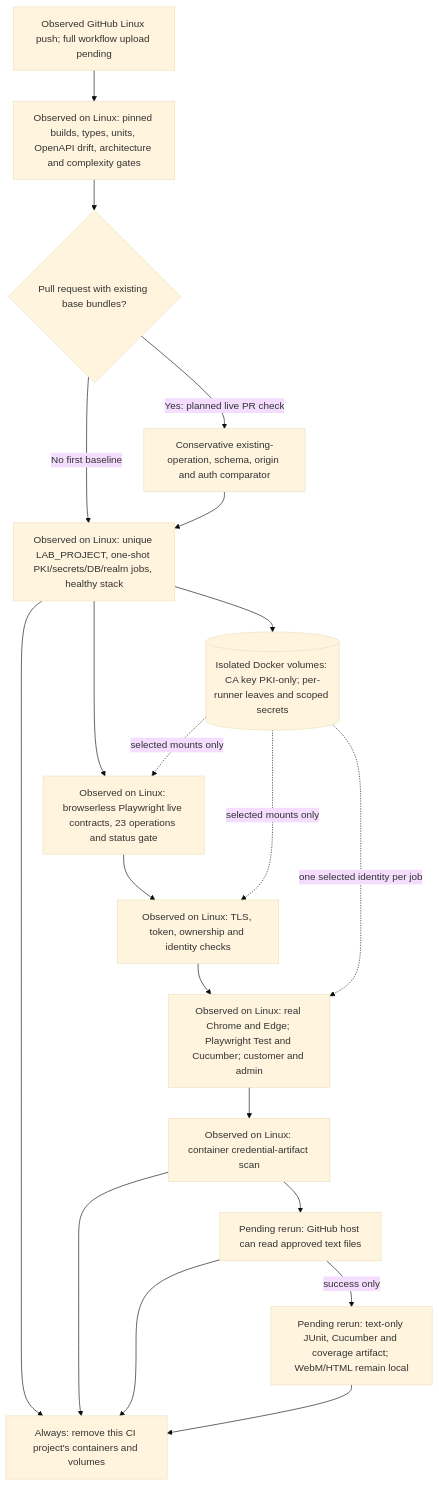
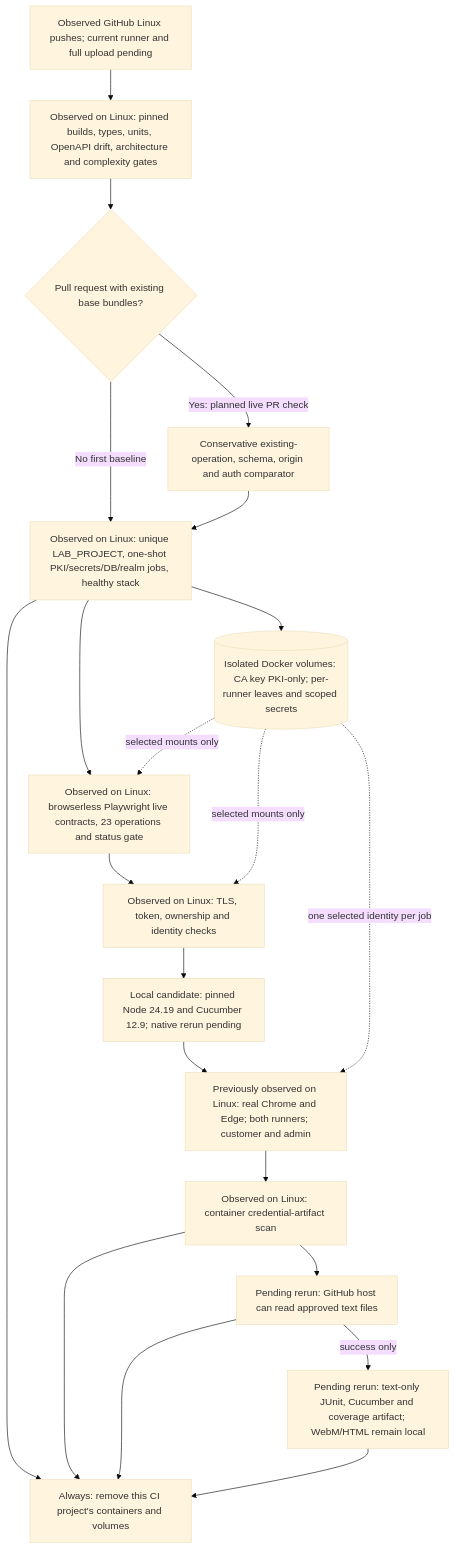
The tenth of 18 diagrams in docs/workflows.md (orieken/testing-with-certs), drawn with Mermaid (base theme) before and after one commit. The commit also changed other lines of this file and 12 other files, not shown here.

Commit message:
Pin tested Node and Cucumber runner for Linux CI

````diff
--- a/docs/workflows.md
+++ b/docs/workflows.md
@@ -329,22 +329,23 @@
 ```mermaid
 flowchart TD
-  Trigger["Observed GitHub Linux push; full workflow upload pending"] --> Static["Observed on Linux: pinned builds, types, units, OpenAPI drift, architecture and complexity gates"]
+  Trigger["Observed GitHub Linux pushes; current runner and full upload pending"] --> Static["Observed on Linux: pinned builds, types, units, OpenAPI drift, architecture and complexity gates"]
   Static --> Base{"Pull request with existing base bundles?"}
   Base -->|"Yes: planned live PR check"| Compare["Conservative existing-operation, schema, origin and auth comparator"]
   Base -->|"No first baseline"| Compose
   Compare --> Compose["Observed on Linux: unique LAB_PROJECT, one-shot PKI/secrets/DB/realm jobs, healthy stack"]
   Compose --> Certs[("Isolated Docker volumes: CA key PKI-only; per-runner leaves and scoped secrets")]
   Compose --> Contracts["Observed on Linux: browserless Playwright live contracts, 23 operations and status gate"]
   Contracts --> Security["Observed on Linux: TLS, token, ownership and identity checks"]
-  Security --> Matrix["Observed on Linux: real Chrome and Edge; Playwright Test and Cucumber; customer and admin"]
+  Security --> Candidate["Local candidate: pinned Node 24.19 and Cucumber 12.9; native rerun pending"]
+  Candidate --> Matrix["Previously observed on Linux: real Chrome and Edge; both runners; customer and admin"]
   Certs -.->|"selected mounts only"| Contracts
   Certs -.->|"selected mounts only"| Security
   Certs -.->|"one selected identity per job"| Matrix
   Matrix --> Scan["Observed on Linux: container credential-artifact scan"]
   Scan --> Readable["Pending rerun: GitHub host can read approved text files"]
   Readable -->|"success only"| Upload["Pending rerun: text-only JUnit, Cucumber and coverage artifact; WebM/HTML remain local"]
   Compose --> Cleanup["Always: remove this CI project's containers and volumes"]
   Scan --> Cleanup
   Readable --> Cleanup
   Upload --> Cleanup
 ```
````
